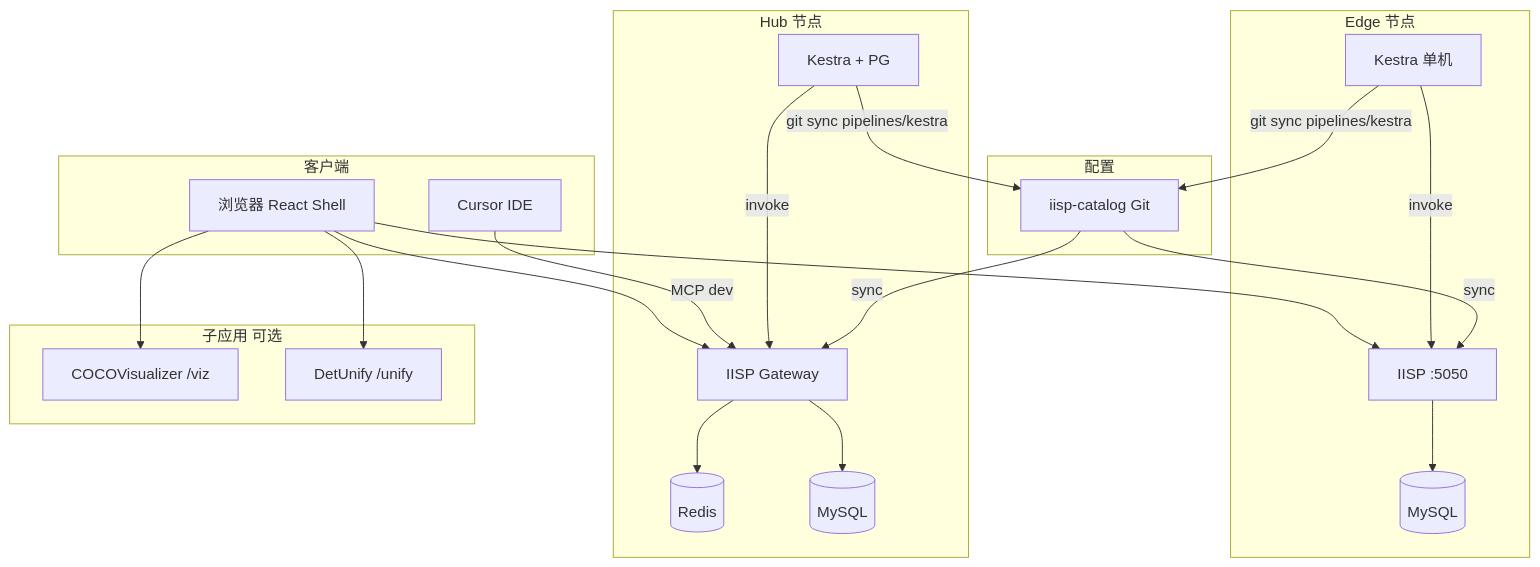
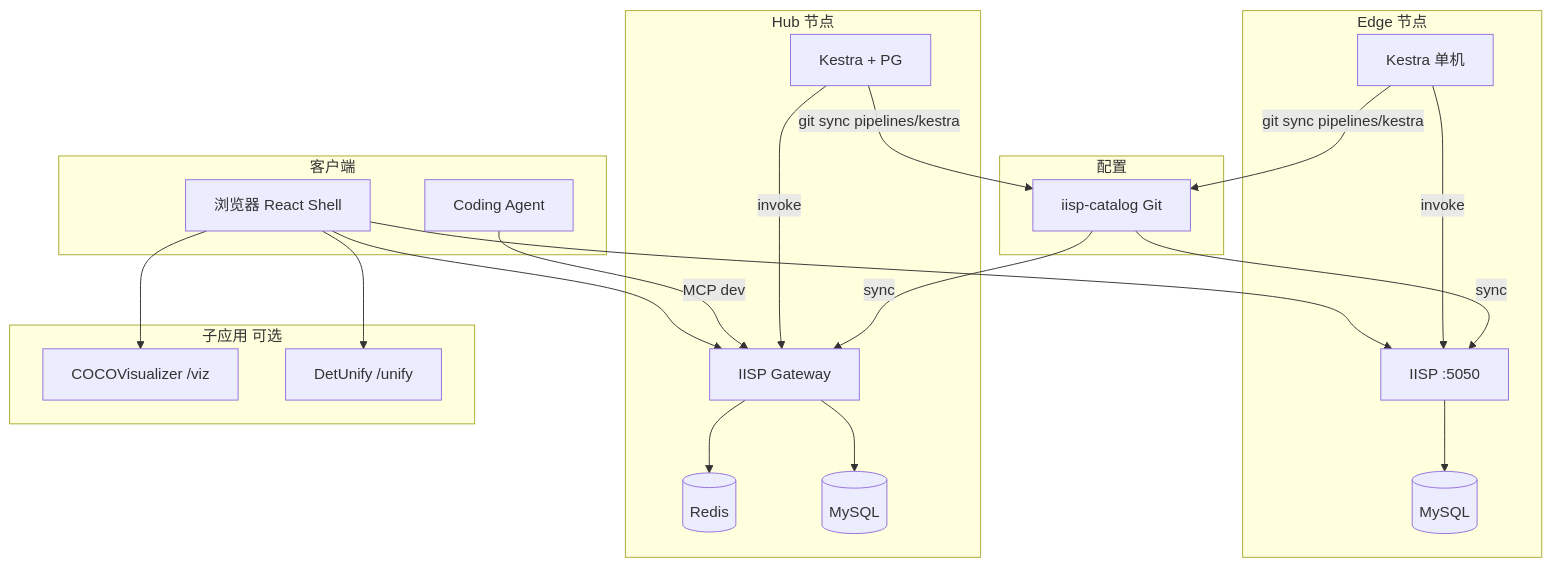
The second of 13 diagrams in docs/ARCHITECTURE_DIAGRAMS.md (algo-boost/DetForge-Studio), drawn with Mermaid before and after one commit. The commit also changed other lines of this file and 332 other files, not shown here.

````diff
--- a/docs/ARCHITECTURE_DIAGRAMS.md
+++ b/docs/ARCHITECTURE_DIAGRAMS.md
@@ -48,44 +48,44 @@
 ```mermaid
 flowchart TB
   subgraph clients [客户端]
     Browser[浏览器 React Shell]
-    CursorIDE[Cursor IDE]
+    AgentIDE[Coding Agent]
   end
 
   subgraph edge [Edge 节点]
     IISP_E[IISP :5050]
     Kestra_E[Kestra 单机]
     MySQL_E[(MySQL)]
   end
 
   subgraph hub [Hub 节点]
     IISP_H[IISP Gateway]
     Kestra_H[Kestra + PG]
     Redis_H[(Redis)]
     MySQL_H[(MySQL)]
   end
 
   subgraph git [配置]
     Catalog[iisp-catalog Git]
   end
 
   subgraph embed [子应用 可选]
     Viz[COCOVisualizer /viz]
     Unify[DetUnify /unify]
   end
 
   Browser --> IISP_E
   Browser --> IISP_H
   Browser --> Viz
   Browser --> Unify
-  CursorIDE -->|MCP dev| IISP_H
+  AgentIDE -->|MCP dev| IISP_H
   Kestra_E -->|invoke| IISP_E
   Kestra_H -->|invoke| IISP_H
   IISP_E --> MySQL_E
   IISP_H --> Redis_H
   IISP_H --> MySQL_H
   Catalog -->|sync| IISP_E
   Catalog -->|sync| IISP_H
   Kestra_E -->|git sync pipelines/kestra| Catalog
   Kestra_H -->|git sync pipelines/kestra| Catalog
 ```
````
